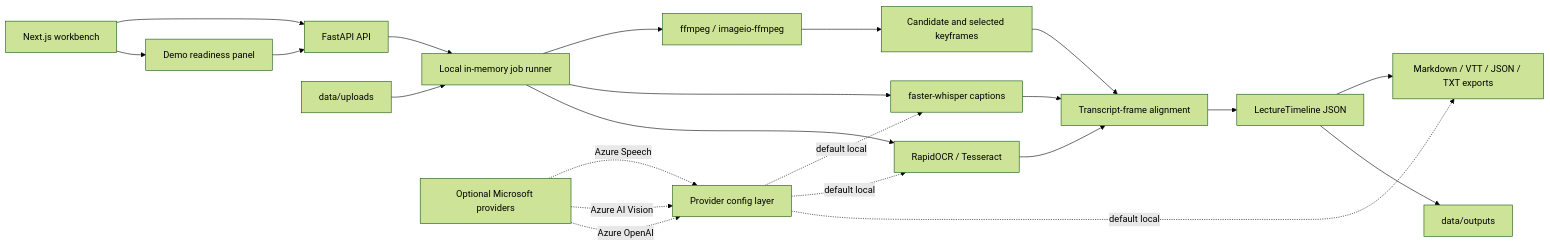
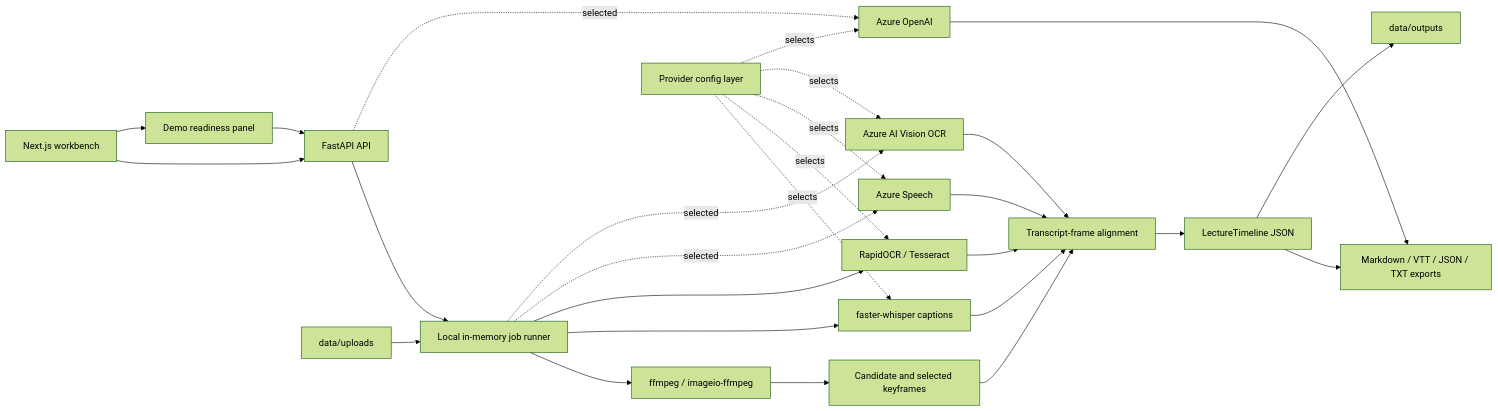
One commit to V3sr/AccessiNote changed the diagram in docs/ARCHITECTURE.md. Above: the diagram before and after it, drawn with Mermaid (forest theme). The commit also changed other lines of this file and 13 other files, not shown here.

Commit message:
Add Azure AI provider integrations

````diff
--- a/docs/ARCHITECTURE.md
+++ b/docs/ARCHITECTURE.md
@@ -50,24 +49,29 @@
 ```mermaid
 flowchart LR
   UI[Next.js workbench] --> API[FastAPI API]
   UI --> STATUS[Demo readiness panel]
   STATUS --> API
   API --> JOB[Local in-memory job runner]
   JOB --> FFMPEG[ffmpeg / imageio-ffmpeg]
   JOB --> WHISPER[faster-whisper captions]
   JOB --> OCR[RapidOCR / Tesseract]
+  JOB -. selected .-> SPEECH[Azure Speech]
+  JOB -. selected .-> VISION[Azure AI Vision OCR]
+  API -. selected .-> AOAI[Azure OpenAI]
   FFMPEG --> FRAMES[Candidate and selected keyframes]
   WHISPER --> ALIGN[Transcript-frame alignment]
+  SPEECH --> ALIGN
   OCR --> ALIGN
+  VISION --> ALIGN
   FRAMES --> ALIGN
   ALIGN --> TIMELINE[LectureTimeline JSON]
   TIMELINE --> OUTPUTS[Markdown / VTT / JSON / TXT exports]
+  AOAI --> OUTPUTS
   TIMELINE --> STORE[data/outputs]
   UPLOADS[data/uploads] --> JOB
-  PROVIDERS[Provider config layer] -. default local .-> WHISPER
-  PROVIDERS -. default local .-> OCR
-  PROVIDERS -. default local .-> OUTPUTS
-  AZURE[Optional Microsoft providers] -. Azure Speech .-> PROVIDERS
-  AZURE -. Azure AI Vision .-> PROVIDERS
-  AZURE -. Azure OpenAI .-> PROVIDERS
+  PROVIDERS[Provider config layer] -. selects .-> WHISPER
+  PROVIDERS -. selects .-> OCR
+  PROVIDERS -. selects .-> SPEECH
+  PROVIDERS -. selects .-> VISION
+  PROVIDERS -. selects .-> AOAI
 ```
````
